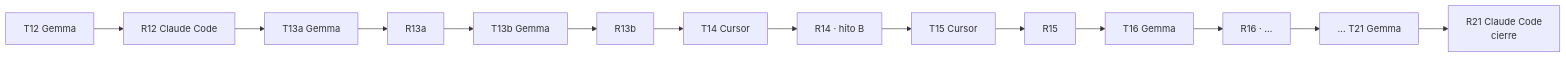
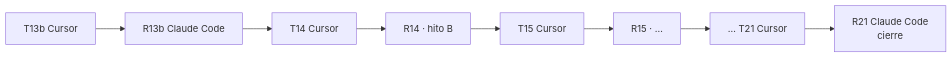
Before and after one commit to bigfito/elastiflix-reloaded: the first of 2 diagrams in data-quality/PLAN.md, drawn with Mermaid. The commit also changed other lines of this file and 16 other files, not shown here.

````diff
--- a/data-quality/PLAN.md
+++ b/data-quality/PLAN.md
@@ -85,5 +71,5 @@
 ```mermaid
 flowchart LR
-  Q12["T12 Gemma"] --> R12["R12 Claude Code"] --> Q13a["T13a Gemma"] --> R13a["R13a"] --> Q13b["T13b Gemma"] --> R13b["R13b"] --> C14["T14 Cursor"] --> R14["R14 · hito B"]
-  R14 --> C15["T15 Cursor"] --> R15["R15"] --> Q16["T16 Gemma"] --> R16["R16 · …"] --> F["… T21 Gemma"] --> R21["R21 Claude Code<br/>cierre"]
+  C13b["T13b Cursor"] --> R13b["R13b Claude Code"] --> C14["T14 Cursor"] --> R14["R14 · hito B"] --> C15["T15 Cursor"]
+  C15 --> R15["R15 · …"] --> F["… T21 Cursor"] --> R21["R21 Claude Code<br/>cierre"]
 ```
````
